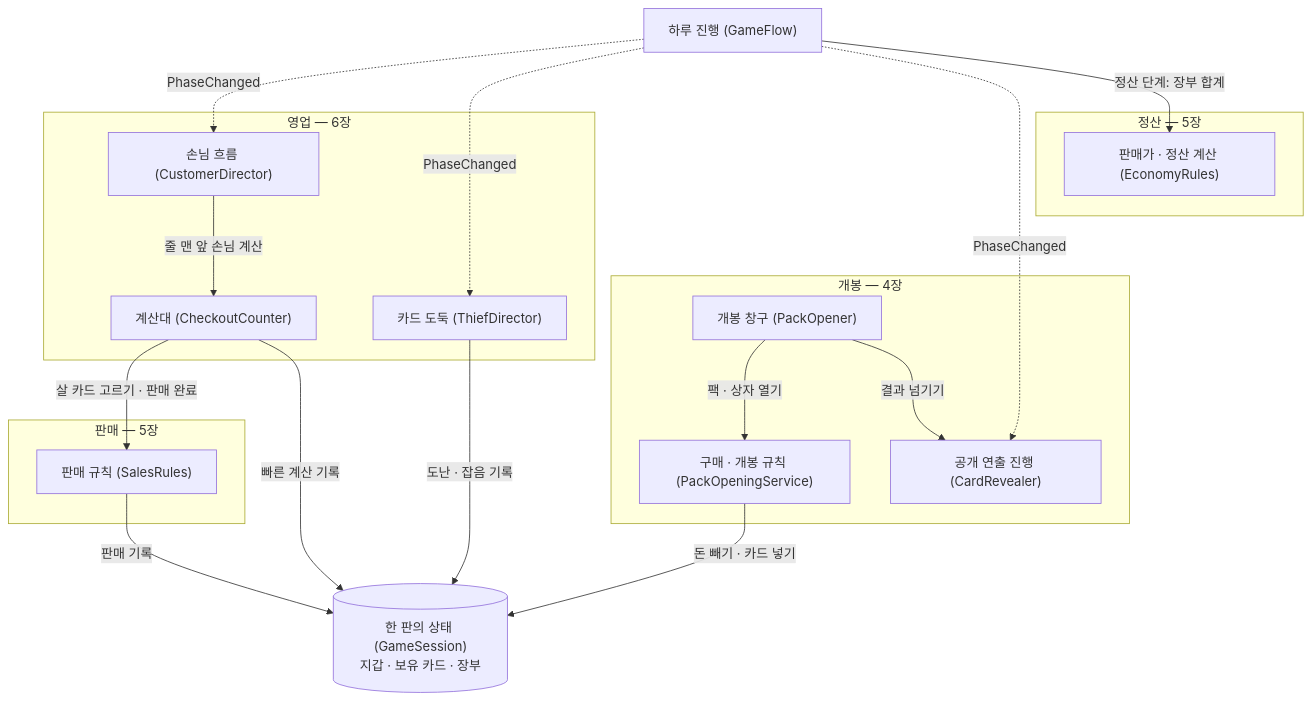
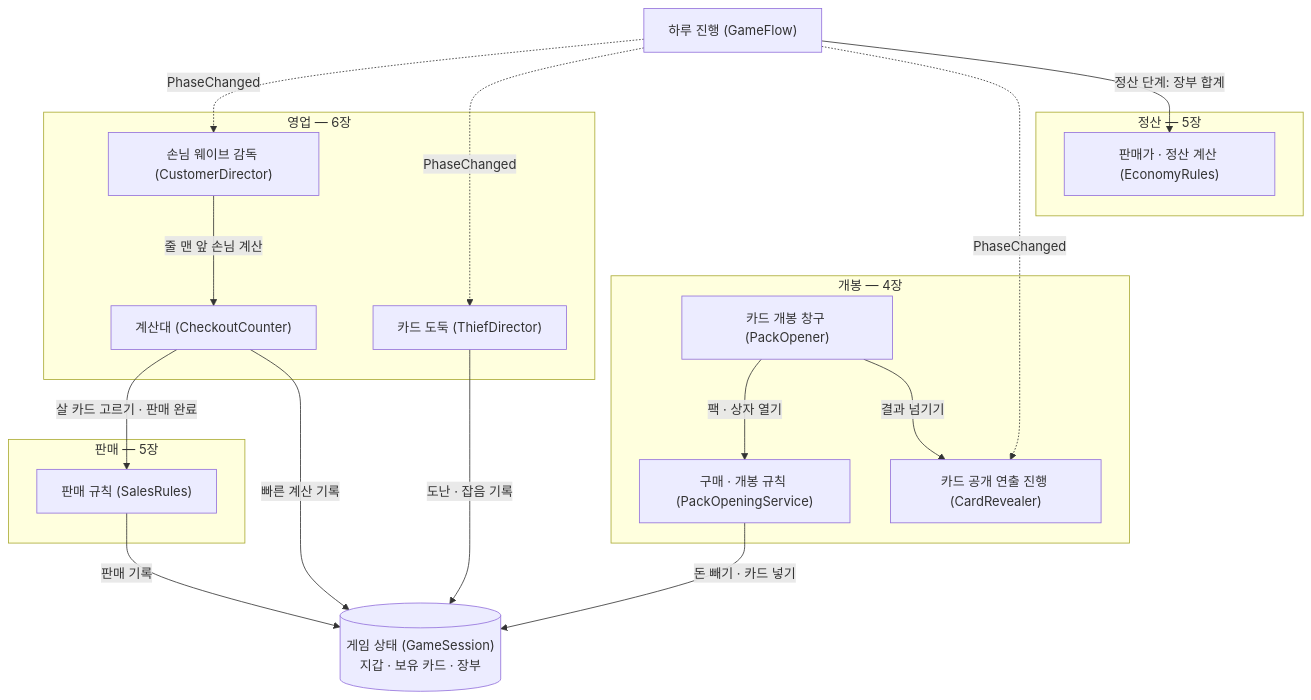
One commit to pinkshield/portfolio changed the second of 4 diagrams in src/6-slime-cardshop-vr/기술문서.md. Above: the diagram before and after it, drawn with Mermaid. The commit also changed other lines of this file and 2 other files, not shown here.

````diff
--- a/src/6-slime-cardshop-vr/기술문서.md
+++ b/src/6-slime-cardshop-vr/기술문서.md
@@ -117,34 +117,34 @@
 ```mermaid
 flowchart TB
     F["하루 진행 (GameFlow)"]
     subgraph S1["영업 — 6장"]
-        CD["손님 흐름 (CustomerDirector)"]
+        CD["손님 웨이브 감독 (CustomerDirector)"]
         CC["계산대 (CheckoutCounter)"]
         TD["카드 도둑 (ThiefDirector)"]
     end
     subgraph S2["정산 — 5장"]
         ER["판매가 · 정산 계산 (EconomyRules)"]
     end
     subgraph S3["개봉 — 4장"]
-        PO["개봉 창구 (PackOpener)"]
+        PO["카드 개봉 창구 (PackOpener)"]
         PS["구매 · 개봉 규칙 (PackOpeningService)"]
-        CR["공개 연출 진행 (CardRevealer)"]
+        CR["카드 공개 연출 진행 (CardRevealer)"]
     end
     subgraph S4["판매 — 5장"]
         SR["판매 규칙 (SalesRules)"]
     end
-    GS[("한 판의 상태 (GameSession)<br/>지갑 · 보유 카드 · 장부")]
+    GS[("게임 상태 (GameSession)<br/>지갑 · 보유 카드 · 장부")]
 
     F -.->|"PhaseChanged"| CD
     F -.->|"PhaseChanged"| TD
     F -.->|"PhaseChanged"| CR
     F -->|"정산 단계: 장부 합계"| ER
     CD -->|"줄 맨 앞 손님 계산"| CC
     CC -->|"살 카드 고르기 · 판매 완료"| SR
     PO -->|"팩 · 상자 열기"| PS
     PO -->|"결과 넘기기"| CR
     CC -->|"빠른 계산 기록"| GS
     TD -->|"도난 · 잡음 기록"| GS
     PS -->|"돈 빼기 · 카드 넣기"| GS
     SR -->|"판매 기록"| GS
 ```
````
